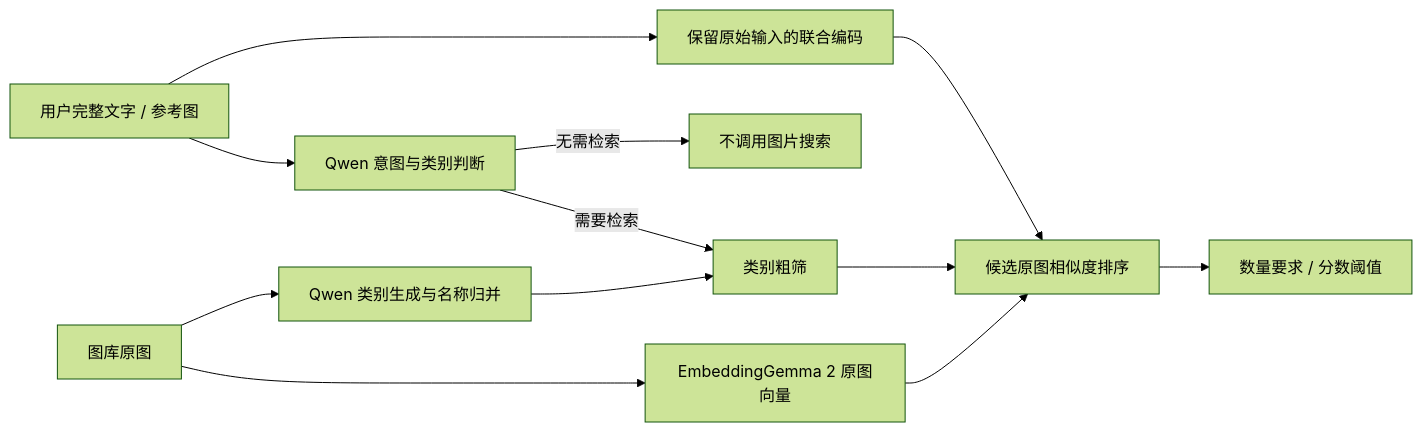
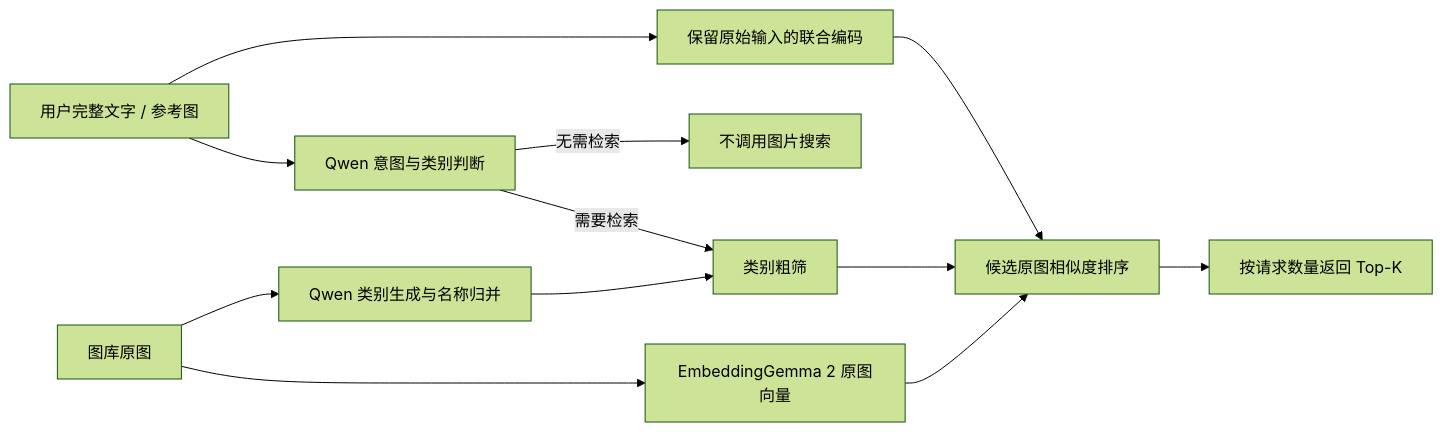
The diagram in README.md (liangjianshu/multimodal-image-retrieval), drawn with Mermaid (forest theme) before and after one commit. The commit also changed other lines of this file and 13 other files, not shown here.

````diff
--- a/README.md
+++ b/README.md
@@ -76,14 +76,14 @@
 ```mermaid
 flowchart LR
     A[图库原图] --> B[Qwen 类别生成与名称归并]
     A --> C[EmbeddingGemma 2 原图向量]
     Q[用户完整文字 / 参考图] --> R[Qwen 意图与类别判断]
     R -->|无需检索| N[不调用图片搜索]
     R -->|需要检索| F[类别粗筛]
     B --> F
     Q --> E[保留原始输入的联合编码]
     E --> S[候选原图相似度排序]
     F --> S
     C --> S
-    S --> K[数量要求 / 分数阈值]
+    S --> K[按请求数量返回 Top-K]
 ```
````
